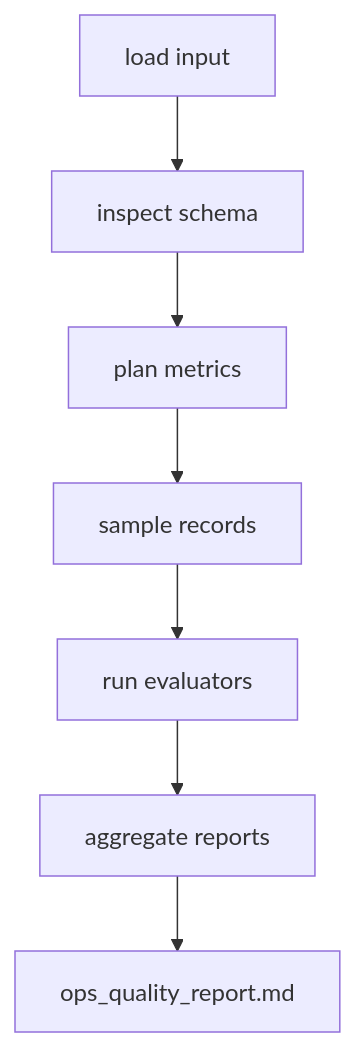
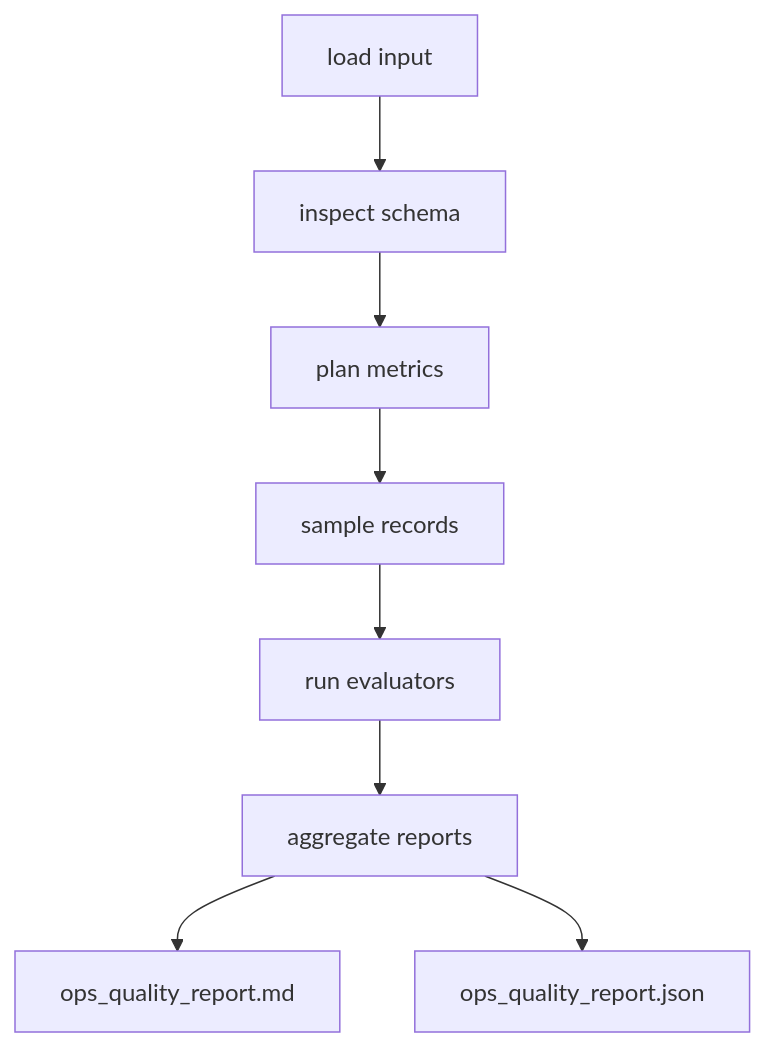
The second of 2 diagrams in docs/index.md (Wenwen555/ops-quality-assessment), drawn with Mermaid before and after one commit. The commit also changed other lines of this file and 17 other files, not shown here.

````diff
--- a/docs/index.md
+++ b/docs/index.md
@@ -60,9 +60,10 @@
 ```mermaid
 flowchart TB
     A[load input] --> B[inspect schema]
     B --> C[plan metrics]
     C --> D[sample records]
     D --> E[run evaluators]
     E --> F[aggregate reports]
     F --> G[ops_quality_report.md]
+    F --> H[ops_quality_report.json]
 ```
````
